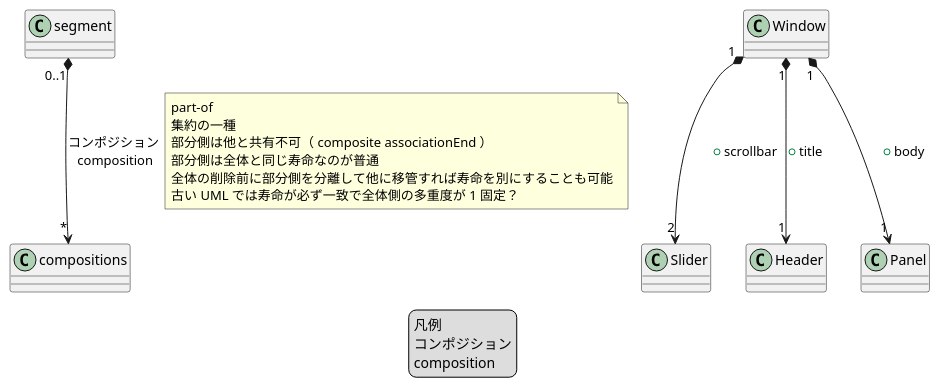
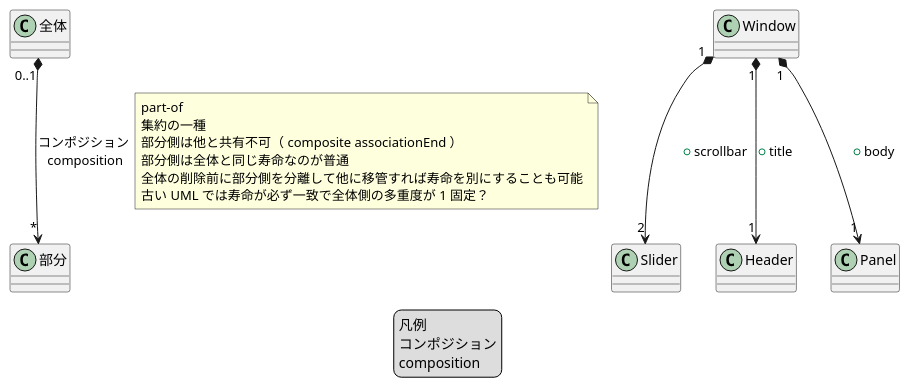
The diagram in site/content/ja/docs/Appendix/uml/class/puml/legend/classe-legend-composition.puml (peregrin8alde/learn-ossdb-gold), drawn with PlantUML before and after one commit. The commit also changed 6 other files, not shown here.

```diff
--- a/site/content/ja/docs/Appendix/uml/class/puml/legend/classe-legend-composition.puml
+++ b/site/content/ja/docs/Appendix/uml/class/puml/legend/classe-legend-composition.puml
@@ -1,26 +1,26 @@
 @startuml
 /'
-"segment" "0..1" *--> "*" "compositions" : "コンポジション\n composition"
+"全体" "0..1" *--> "*" "部分" : "コンポジション\n composition"
 '/
 legend
 凡例
 コンポジション
 composition
 endlegend
 
-"segment" "0..1" *--> "*" "compositions" : "コンポジション\n composition"
+"全体" "0..1" *--> "*" "部分" : "コンポジション\n composition"
 note right on link
 part-of
 集約の一種
 部分側は他と共有不可（ composite associationEnd ）
 部分側は全体と同じ寿命なのが普通
 全体の削除前に部分側を分離して他に移管すれば寿命を別にすることも可能
 古い UML では寿命が必ず一致で全体側の多重度が 1 固定？
 end note
 
 "Window" "1" *--> "2" "Slider" : "+scrollbar"
 "Window" "1" *--> "1" "Header" : "+title"
 "Window" "1" *--> "1" "Panel" : "+body"
 
 
 @enduml
```
